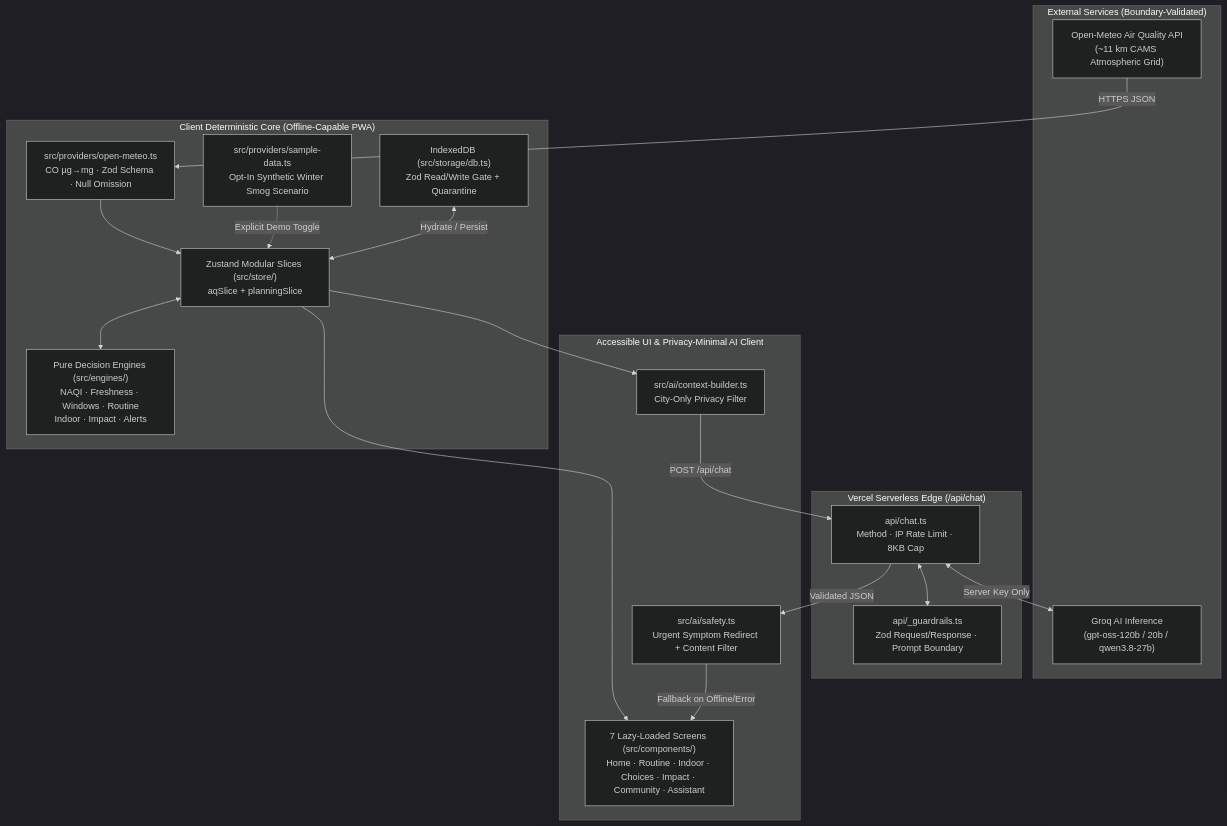
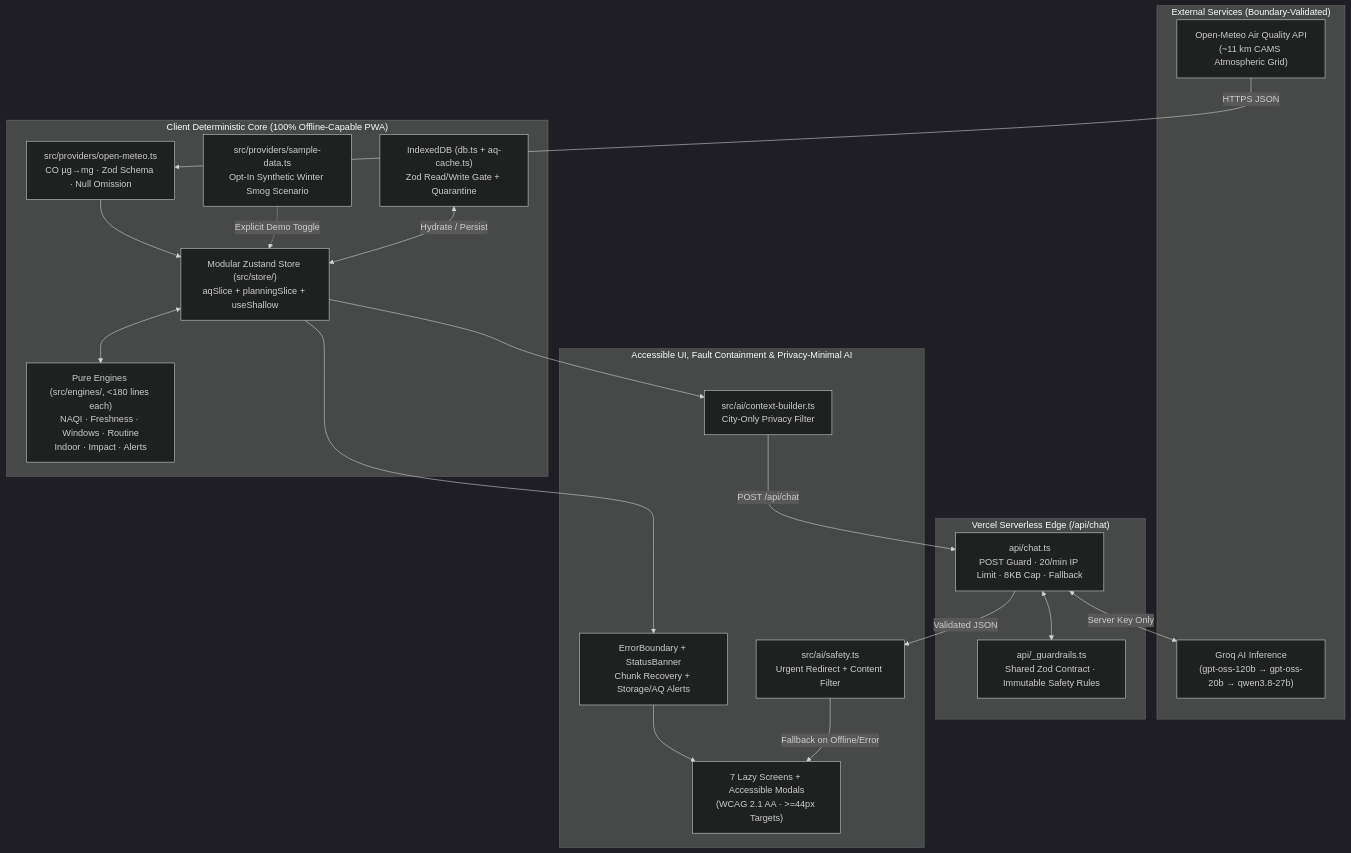
The first of 5 diagrams in README.md (SuBhAm6G/Challenge-6), drawn with Mermaid (dark theme) before and after one commit. The commit also changed other lines of this file and 85 other files, not shown here.

````diff
--- a/README.md
+++ b/README.md
@@ -81,39 +98,40 @@
 ```mermaid
 flowchart TB
     subgraph External["External Services (Boundary-Validated)"]
         OM["Open-Meteo Air Quality API<br/>(~11 km CAMS Atmospheric Grid)"]
-        GEM["Groq AI Inference<br/>(gpt-oss-120b / 20b / qwen3.8-27b)"]
+        GROQ["Groq AI Inference<br/>(gpt-oss-120b → gpt-oss-20b → qwen3.8-27b)"]
     end
 
     subgraph Serverless["Vercel Serverless Edge (/api/chat)"]
-        API["api/chat.ts<br/>Method · IP Rate Limit · 8KB Cap"]
-        GRD["api/_guardrails.ts<br/>Zod Request/Response · Prompt Boundary"]
+        API["api/chat.ts<br/>POST Guard · 20/min IP Limit · 8KB Cap · Fallback"]
+        GRD["api/_guardrails.ts<br/>Shared Zod Contract · Immutable Safety Rules"]
         API <--> GRD
     end
 
-    subgraph ClientCore["Client Deterministic Core (Offline-Capable PWA)"]
+    subgraph ClientCore["Client Deterministic Core (100% Offline-Capable PWA)"]
         PROV["src/providers/open-meteo.ts<br/>CO µg→mg · Zod Schema · Null Omission"]
         DEMO["src/providers/sample-data.ts<br/>Opt-In Synthetic Winter Smog Scenario"]
-        ENG["Pure Decision Engines (src/engines/)<br/>NAQI · Freshness · Windows · Routine<br/>Indoor · Impact · Alerts"]
-        IDB["IndexedDB (src/storage/db.ts)<br/>Zod Read/Write Gate + Quarantine"]
-        STORE["Zustand Modular Slices (src/store/)<br/>aqSlice + planningSlice"]
+        ENG["Pure Engines (src/engines/, <180 lines each)<br/>NAQI · Freshness · Windows · Routine<br/>Indoor · Impact · Alerts"]
+        IDB["IndexedDB (db.ts + aq-cache.ts)<br/>Zod Read/Write Gate + Quarantine"]
+        STORE["Modular Zustand Store (src/store/)<br/>aqSlice + planningSlice + useShallow"]
     end
 
-    subgraph ClientShell["Accessible UI & Privacy-Minimal AI Client"]
+    subgraph ClientShell["Accessible UI, Fault Containment & Privacy-Minimal AI"]
         CTX["src/ai/context-builder.ts<br/>City-Only Privacy Filter"]
-        SAFE["src/ai/safety.ts<br/>Urgent Symptom Redirect + Content Filter"]
-        UI["7 Lazy-Loaded Screens (src/components/)<br/>Home · Routine · Indoor · Choices · Impact · Community · Assistant"]
+        SAFE["src/ai/safety.ts<br/>Urgent Redirect + Content Filter"]
+        ERR["ErrorBoundary + StatusBanner<br/>Chunk Recovery + Storage/AQ Alerts"]
+        UI["7 Lazy Screens + Accessible Modals<br/>(WCAG 2.1 AA · >=44px Targets)"]
     end
 
     OM -->|"HTTPS JSON"| PROV
     PROV --> STORE
     DEMO -.->|"Explicit Demo Toggle"| STORE
     IDB <-->|"Hydrate / Persist"| STORE
     STORE <--> ENG
-    STORE --> UI
+    STORE --> ERR --> UI
     STORE --> CTX
     CTX -->|"POST /api/chat"| API
-    API <-->|"Server Key Only"| GEM
+    API <-->|"Server Key Only"| GROQ
     API -->|"Validated JSON"| SAFE
     SAFE -->|"Fallback on Offline/Error"| UI
 ```
````
